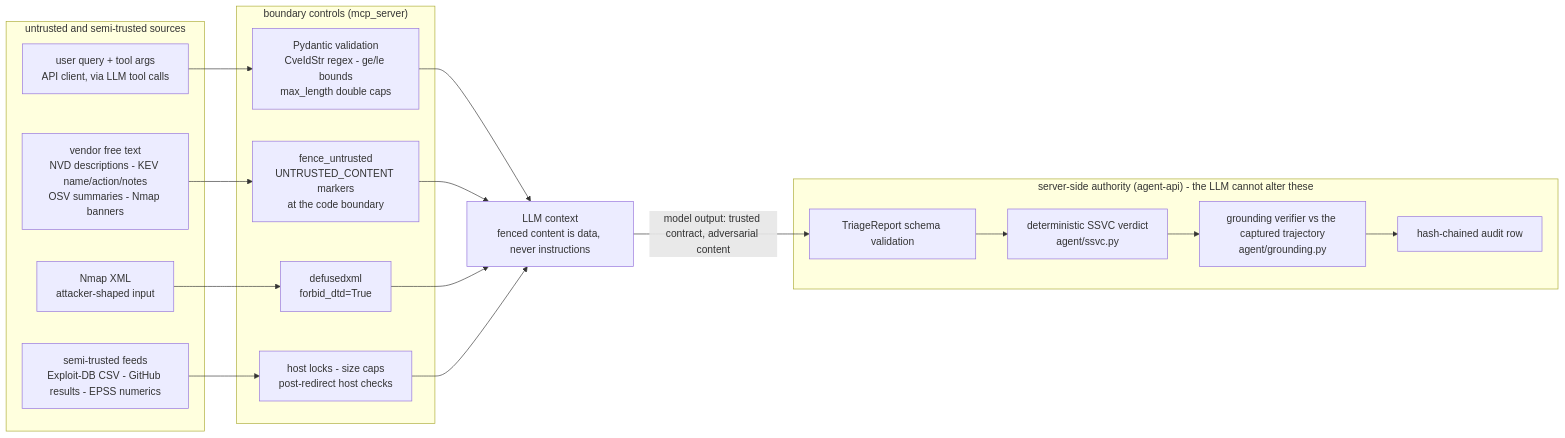
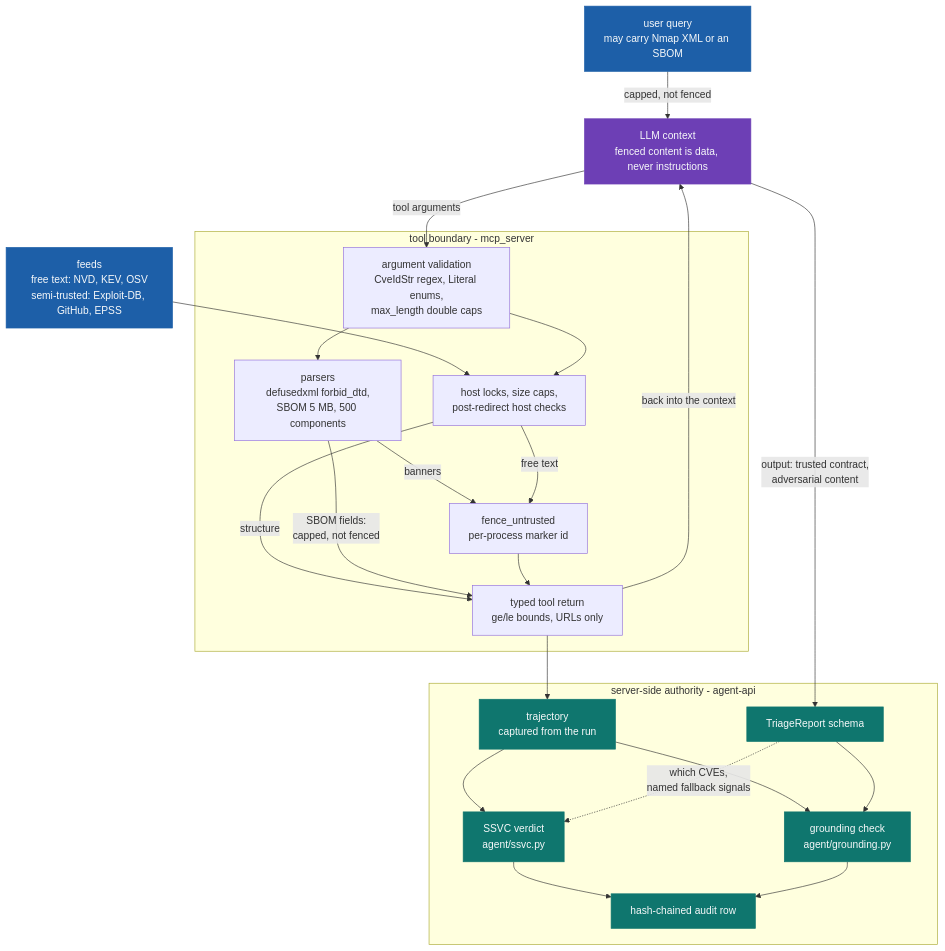
Before and after one commit to Shurtug4l/sec-recon-agent: the fourth of 5 diagrams in docs/design.md, drawn with Mermaid. The commit also changed other lines of this file and 8 other files, not shown here.

First line of the commit message:
docs: restructure the diagram set and correct what the old ones claimed

````diff
--- a/docs/design.md
+++ b/docs/design.md
@@ -194,27 +260,52 @@
 ```mermaid
-flowchart LR
-    subgraph SRC["untrusted and semi-trusted sources"]
-        UQ["user query + tool args<br/>API client, via LLM tool calls"]
-        VTXT["vendor free text<br/>NVD descriptions - KEV name/action/notes<br/>OSV summaries - Nmap banners"]
-        XML["Nmap XML<br/>attacker-shaped input"]
-        FEEDS["semi-trusted feeds<br/>Exploit-DB CSV - GitHub results - EPSS numerics"]
+flowchart TB
+    accTitle: Untrusted-data path and where each control sits
+    accDescr: The user query goes straight to the model. The model's tool arguments cross Pydantic validation into the parsers, and feed data crosses host locks and size caps. Free text is fenced before it returns to the model, except SBOM component fields, which are capped but not fenced. Every tool return is also captured as the trajectory. The model's output passes the schema, and the SSVC verdict and grounding check are computed from the trajectory and stamped onto the report before the audit row.
+
+    Q["user query<br/>may carry Nmap XML or an SBOM"]
+    FEEDS["feeds<br/>free text: NVD, KEV, OSV<br/>semi-trusted: Exploit-DB, GitHub, EPSS"]
+    LLM["LLM context<br/>fenced content is data, never instructions"]
+
+    subgraph TOOLS["tool boundary - mcp_server"]
+        ARGS["argument validation<br/>CveIdStr regex, Literal enums,<br/>max_length double caps"]
+        PARSE["parsers<br/>defusedxml forbid_dtd,<br/>SBOM 5 MB, 500 components"]
+        NET["host locks, size caps,<br/>post-redirect host checks"]
+        FENCE["fence_untrusted<br/>per-process marker id"]
+        RET["typed tool return<br/>ge/le bounds, URLs only"]
     end
-    subgraph CTL["boundary controls (mcp_server)"]
-        VAL["Pydantic validation<br/>CveIdStr regex - ge/le bounds<br/>max_length double caps"]
-        FENCE["fence_untrusted<br/>UNTRUSTED_CONTENT markers<br/>at the code boundary"]
-        XXE["defusedxml<br/>forbid_dtd=True"]
-        NET["host locks - size caps<br/>post-redirect host checks"]
-    end
-    LLM["LLM context<br/>fenced content is data, never instructions"]
-    subgraph AUTH["server-side authority (agent-api) - the LLM cannot alter these"]
-        SCHEMA["TriageReport schema validation"]
-        SSVC["deterministic SSVC verdict<br/>agent/ssvc.py"]
-        GROUND["grounding verifier vs the captured trajectory<br/>agent/grounding.py"]
+
+    subgraph AUTH["server-side authority - agent-api"]
+        TRAJ["trajectory<br/>captured from the run"]
+        SCHEMA["TriageReport schema"]
+        SSVC["SSVC verdict<br/>agent/ssvc.py"]
+        GROUND["grounding check<br/>agent/grounding.py"]
         AUDIT["hash-chained audit row"]
     end
-    UQ --> VAL --> LLM
-    VTXT --> FENCE --> LLM
-    XML --> XXE --> LLM
-    FEEDS --> NET --> LLM
-    LLM -->|"model output: trusted contract, adversarial content"| SCHEMA --> SSVC --> GROUND --> AUDIT
+
+    Q -->|"capped, not fenced"| LLM
+    LLM -->|"tool arguments"| ARGS
+    FEEDS --> NET
+    ARGS --> PARSE
+    ARGS --> NET
+    PARSE -->|"banners"| FENCE
+    NET -->|"free text"| FENCE
+    NET -->|"structure"| RET
+    PARSE -->|"SBOM fields:<br/>capped, not fenced"| RET
+    FENCE --> RET
+    RET -->|"back into the context"| LLM
+    RET --> TRAJ
+    LLM -->|"output: trusted contract,<br/>adversarial content"| SCHEMA
+    TRAJ --> SSVC
+    TRAJ --> GROUND
+    SCHEMA --> GROUND
+    SCHEMA -.->|"which CVEs,<br/>named fallback signals"| SSVC
+    SSVC --> AUDIT
+    GROUND --> AUDIT
+
+    classDef model fill:#6D3FB5,stroke:#6D3FB5,color:#F7F9FA
+    classDef feed fill:#1D5FA8,stroke:#1D5FA8,color:#F7F9FA
+    classDef code fill:#0F766E,stroke:#0F766E,color:#F7F9FA
+    class LLM model
+    class Q,FEEDS feed
+    class TRAJ,SCHEMA,SSVC,GROUND,AUDIT code
 ```
````
